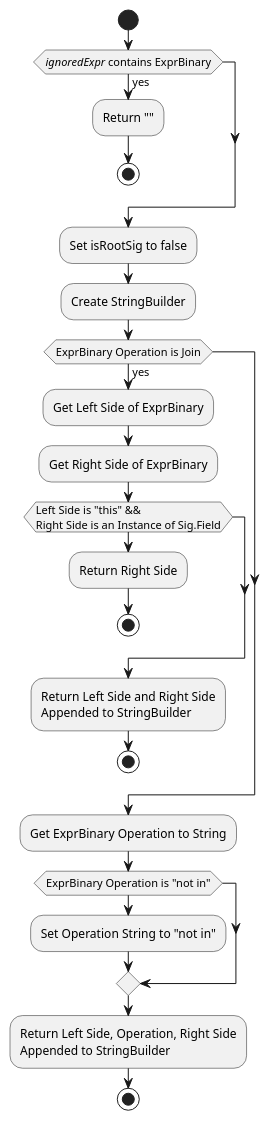
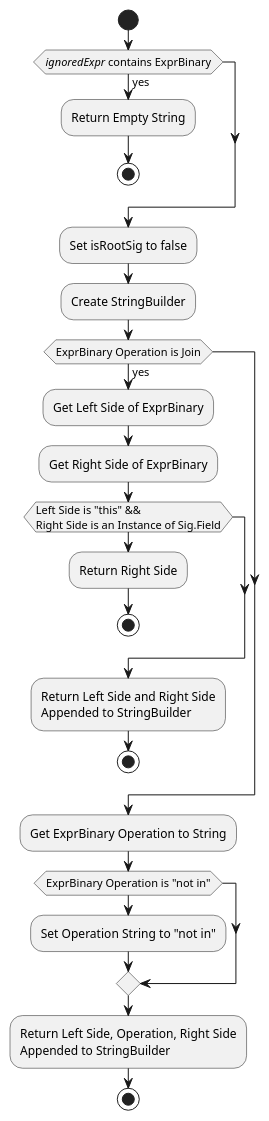
One commit to ontological-behavior-modeling/nist-obm-translator changed the diagram in src/main/javadoc/edu/gatech/gtri/obm/translator/alloy/fromxmi/doc-files/ExprVisitor_visitExprBinary.puml. Above: the diagram before and after it, drawn with PlantUML. The commit also changed 46 other files, not shown here.

```diff
--- a/src/main/javadoc/edu/gatech/gtri/obm/translator/alloy/fromxmi/doc-files/ExprVisitor_visitExprBinary.puml
+++ b/src/main/javadoc/edu/gatech/gtri/obm/translator/alloy/fromxmi/doc-files/ExprVisitor_visitExprBinary.puml
@@ -1,28 +1,28 @@
 @startuml
 start
 if(//ignoredExpr// contains ExprBinary) then (yes)
-:Return "";
+:Return Empty String;
 stop
 endif
 :Set isRootSig to false;
 :Create StringBuilder;
 if(ExprBinary Operation is Join) then (yes)
 :Get Left Side of ExprBinary;
 :Get Right Side of ExprBinary;
 if (Left Side is "this" &&
 Right Side is an Instance of Sig.Field)
 :Return Right Side;
 stop
 endif
 :Return Left Side and Right Side
 Appended to StringBuilder;
 stop
 endif
 :Get ExprBinary Operation to String;
 if(ExprBinary Operation is "not in")
 :Set Operation String to "not in";
 endif
 :Return Left Side, Operation, Right Side
 Appended to StringBuilder;
 stop
 @enduml
```
